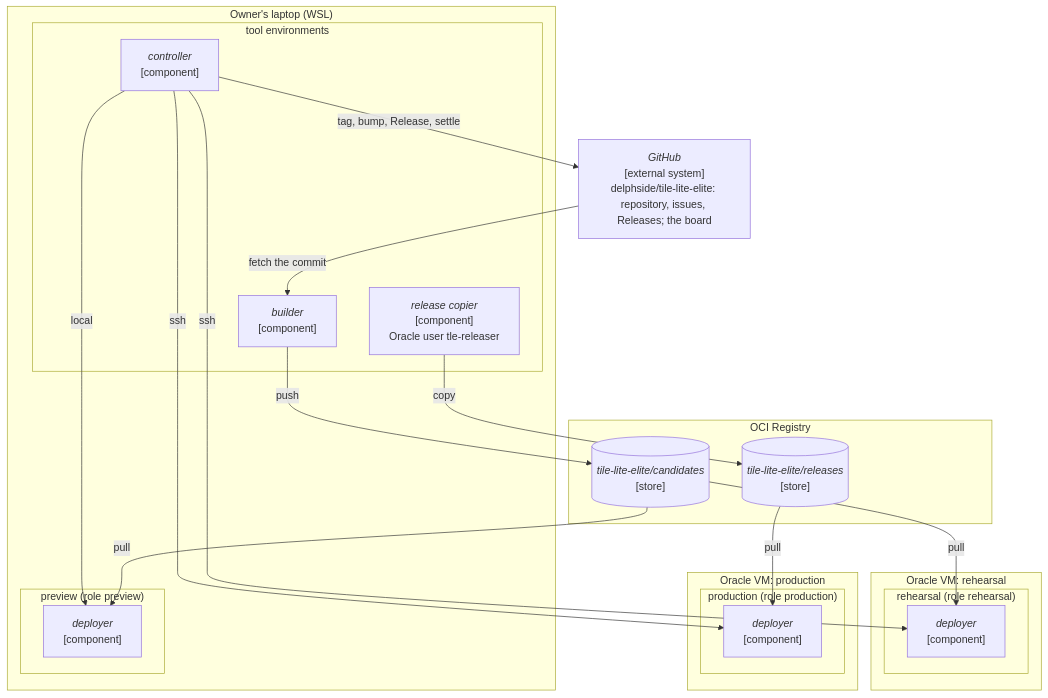
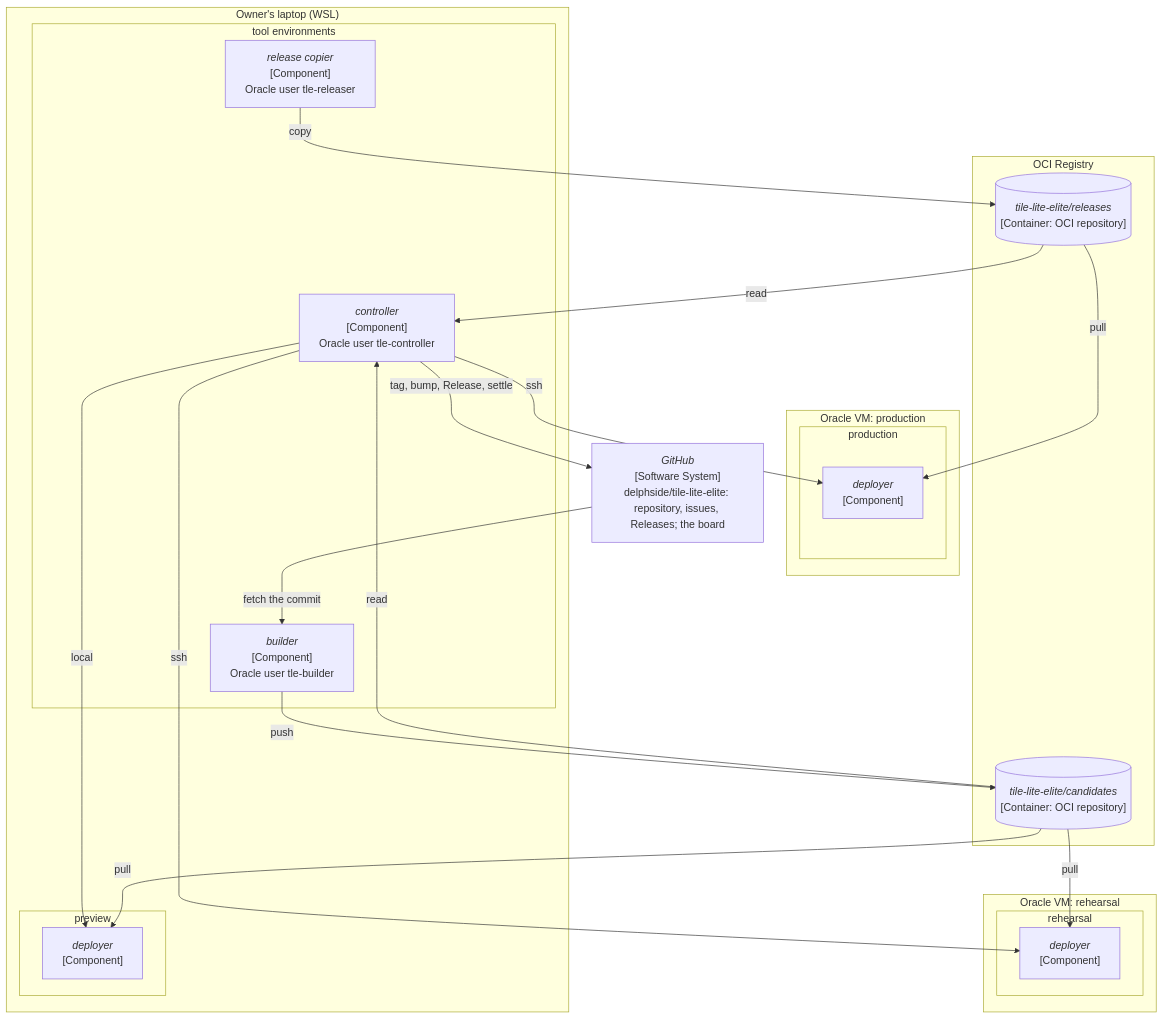
One commit to delphside/programme changed the third of 5 diagrams in records/2.5-changes/programme-tooling/117-generic-deliver-tool/design.md. Above: the diagram before and after it, drawn with Mermaid. The commit also changed other lines of this file and 12 other files, not shown here.

````diff
--- a/records/2.5-changes/programme-tooling/117-generic-deliver-tool/design.md
+++ b/records/2.5-changes/programme-tooling/117-generic-deliver-tool/design.md
@@ -140,38 +171,40 @@
 ```mermaid
 flowchart TB
   subgraph LAPTOP["Owner's laptop (WSL)"]
     subgraph TOOLS["tool environments"]
-      CTL["<i>controller</i><br>[component]"]
-      BLD["<i>builder</i><br>[component]"]
-      COPY["<i>release copier</i><br>[component]<br>Oracle user tle-releaser"]
+      CTL["<i>controller</i><br>[Component]<br>Oracle user tle-controller"]
+      BLD["<i>builder</i><br>[Component]<br>Oracle user tle-builder"]
+      COPY["<i>release copier</i><br>[Component]<br>Oracle user tle-releaser"]
     end
-    subgraph PREV["preview (role preview)"]
-      DEPP["<i>deployer</i><br>[component]"]
+    subgraph PREV["preview"]
+      DEPP["<i>deployer</i><br>[Component]"]
     end
   end
   subgraph REHVM["Oracle VM: rehearsal"]
-    subgraph REH["rehearsal (role rehearsal)"]
-      DEPR["<i>deployer</i><br>[component]"]
+    subgraph REH["rehearsal"]
+      DEPR["<i>deployer</i><br>[Component]"]
     end
   end
   subgraph PRODVM["Oracle VM: production"]
-    subgraph PROD["production (role production)"]
-      DEPX["<i>deployer</i><br>[component]"]
+    subgraph PROD["production"]
+      DEPX["<i>deployer</i><br>[Component]"]
     end
   end
   subgraph OCIR["OCI Registry"]
-    CAND[("<i>tile-lite-elite/candidates</i><br>[store]")]
-    REL[("<i>tile-lite-elite/releases</i><br>[store]")]
+    CAND[("<i>tile-lite-elite/candidates</i><br>[Container: OCI repository]")]
+    REL[("<i>tile-lite-elite/releases</i><br>[Container: OCI repository]")]
   end
-  GH["<i>GitHub</i><br>[external system]<br>delphside/tile-lite-elite: repository, issues, Releases; the board"]
+  GH["<i>GitHub</i><br>[Software System]<br>delphside/tile-lite-elite: repository, issues, Releases; the board"]
   GH -->|"fetch the commit"| BLD
   CTL -->|"tag, bump, Release, settle"| GH
   BLD -->|push| CAND
   COPY -->|copy| REL
+  CAND -->|read| CTL
+  REL -->|read| CTL
   CTL -->|local| DEPP
   CTL -->|ssh| DEPR
   CTL -->|ssh| DEPX
   CAND -->|pull| DEPP
   CAND -->|pull| DEPR
   REL -->|pull| DEPX
 ```
````
